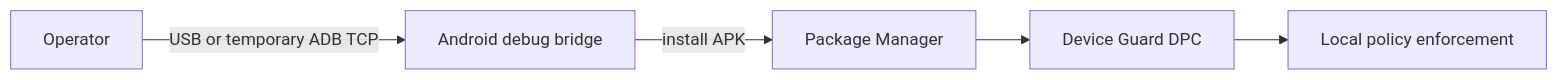
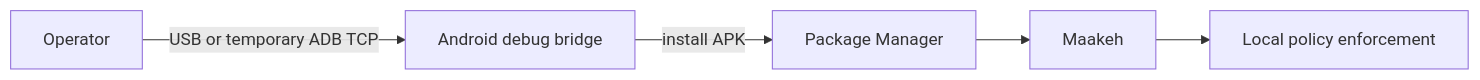
The diagram in docs/security-hardening/remote-updates/diagrams/secure-update-boundary-before.mmd (ShalomMaman/android-lockdown-dpc), drawn with Mermaid before and after one commit. The commit also changed 82 other files, not shown here.

```diff
--- a/docs/security-hardening/remote-updates/diagrams/secure-update-boundary-before.mmd
+++ b/docs/security-hardening/remote-updates/diagrams/secure-update-boundary-before.mmd
@@ -1,5 +1,5 @@
 flowchart LR
   Operator -->|USB or temporary ADB TCP| ADB[Android debug bridge]
   ADB -->|install APK| PM[Package Manager]
-  PM --> DPC[Device Guard DPC]
+  PM --> DPC[Maakeh]
   DPC --> Policy[Local policy enforcement]
```
